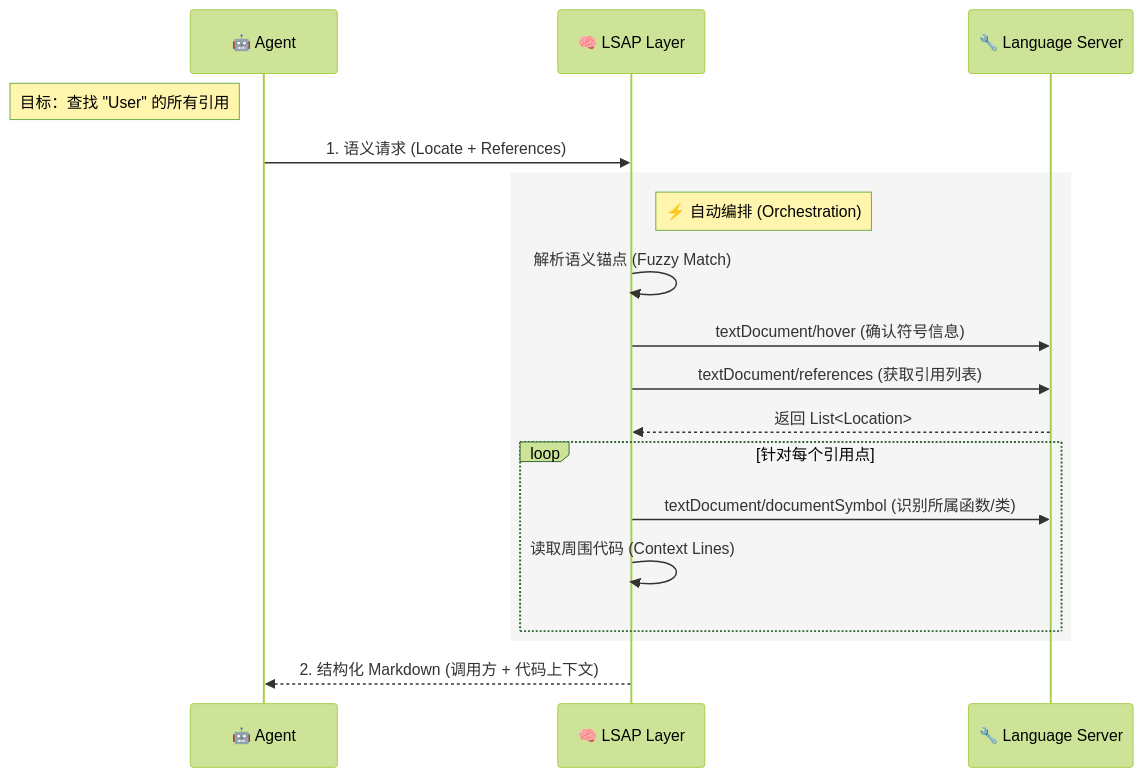
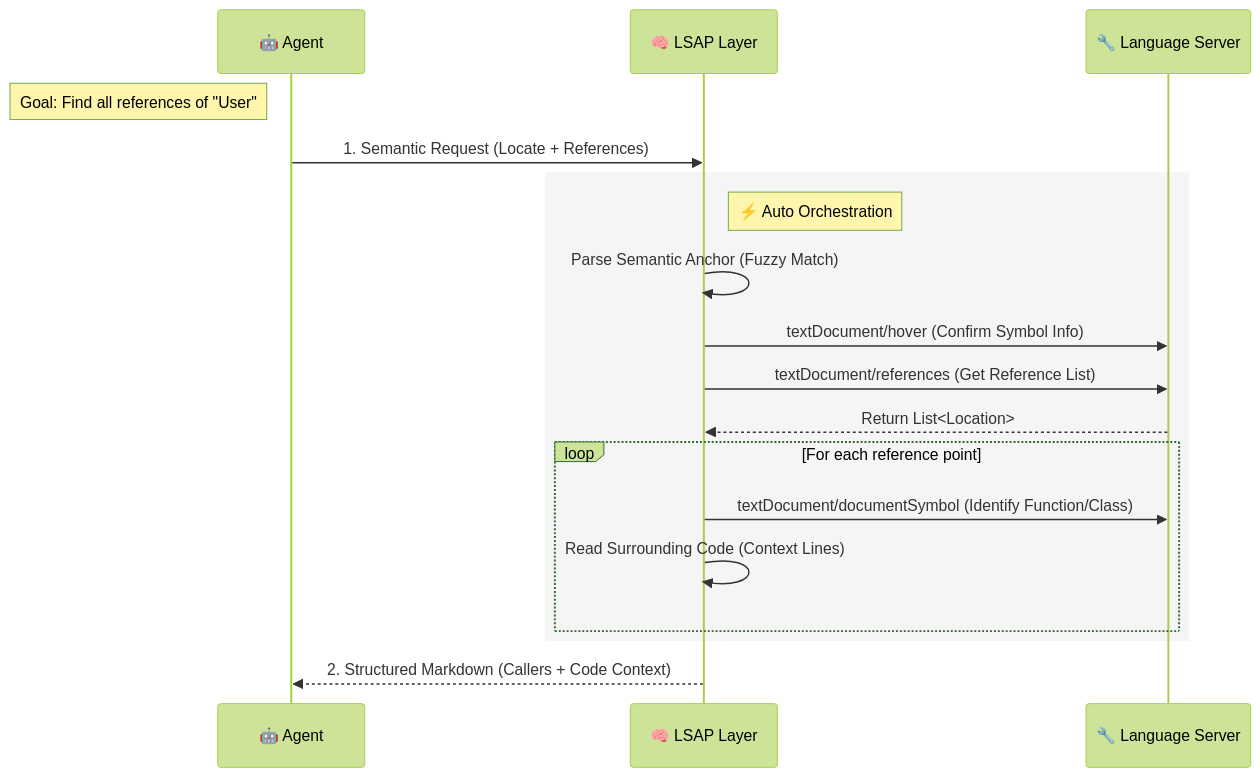
Before and after one commit to lsp-client/LSAP: the diagram in README.md, drawn with Mermaid (forest theme). The commit also changed other lines of this file and 2 other files, not shown here.

````diff
--- a/README.md
+++ b/README.md
@@ -23,25 +23,25 @@
 ```mermaid
 sequenceDiagram
     participant Agent as 🤖 Agent
     participant LSAP as 🧠 LSAP Layer
     participant LSP as 🔧 Language Server
 
-    Note left of Agent: 目标：查找 "User" 的所有引用
+    Note left of Agent: Goal: Find all references of "User"
 
-    Agent->>LSAP: 1. 语义请求 (Locate + References)
+    Agent->>LSAP: 1. Semantic Request (Locate + References)
     
     rect rgb(245, 245, 245)
-        Note right of LSAP: ⚡️ 自动编排 (Orchestration)
-        LSAP->>LSAP: 解析语义锚点 (Fuzzy Match)
-        LSAP->>LSP: textDocument/hover (确认符号信息)
-        LSAP->>LSP: textDocument/references (获取引用列表)
-        LSP-->>LSAP: 返回 List<Location>
+        Note right of LSAP: ⚡️ Auto Orchestration
+        LSAP->>LSAP: Parse Semantic Anchor (Fuzzy Match)
+        LSAP->>LSP: textDocument/hover (Confirm Symbol Info)
+        LSAP->>LSP: textDocument/references (Get Reference List)
+        LSP-->>LSAP: Return List<Location>
         
-        loop 针对每个引用点
-            LSAP->>LSP: textDocument/documentSymbol (识别所属函数/类)
-            LSAP->>LSAP: 读取周围代码 (Context Lines)
+        loop For each reference point
+            LSAP->>LSP: textDocument/documentSymbol (Identify Function/Class)
+            LSAP->>LSAP: Read Surrounding Code (Context Lines)
         end
     end
     
-    LSAP-->>Agent: 2. 结构化 Markdown (调用方 + 代码上下文)
+    LSAP-->>Agent: 2. Structured Markdown (Callers + Code Context)
 ```
````
